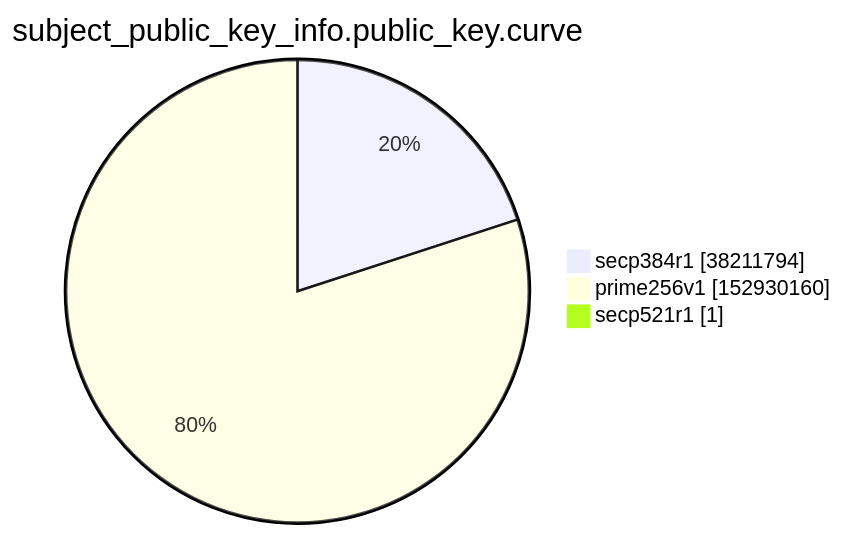
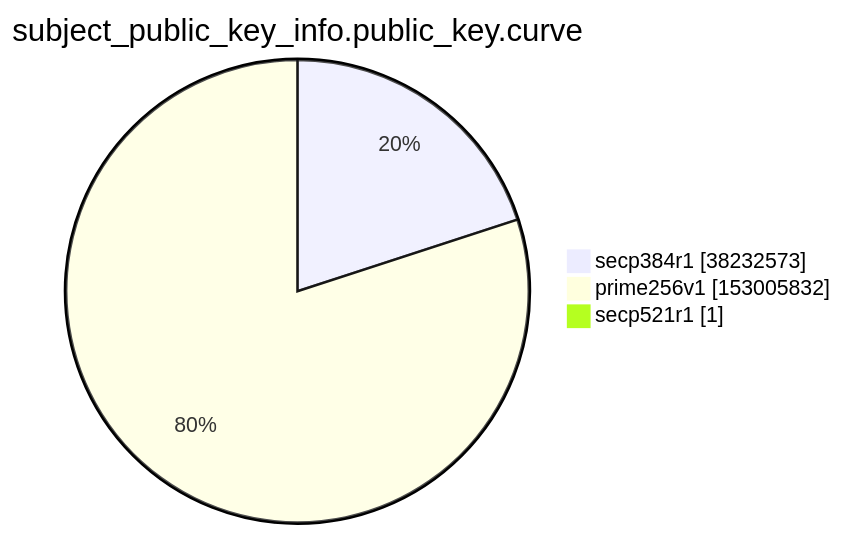
Before and after one commit to christiankrug/ctmonitor_visualization: the ninth of 15 diagrams in xenon2022/README.md, drawn with Mermaid. The commit also changed other lines of this file, not shown here.

````diff
--- a/xenon2022/README.md
+++ b/xenon2022/README.md
@@ -2861,7 +2861,7 @@
 ```mermaid
 pie showData
 title subject_public_key_info.public_key.curve
-"secp384r1" :38211794
-"prime256v1" :152930160
+"secp384r1" :38232573
+"prime256v1" :153005832
 "secp521r1" :1
 ```
````
